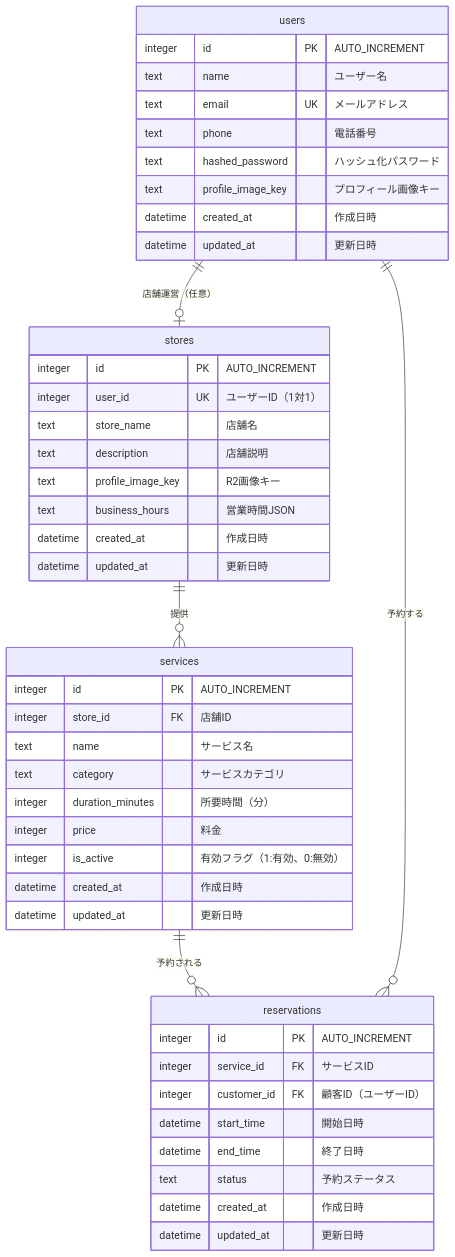
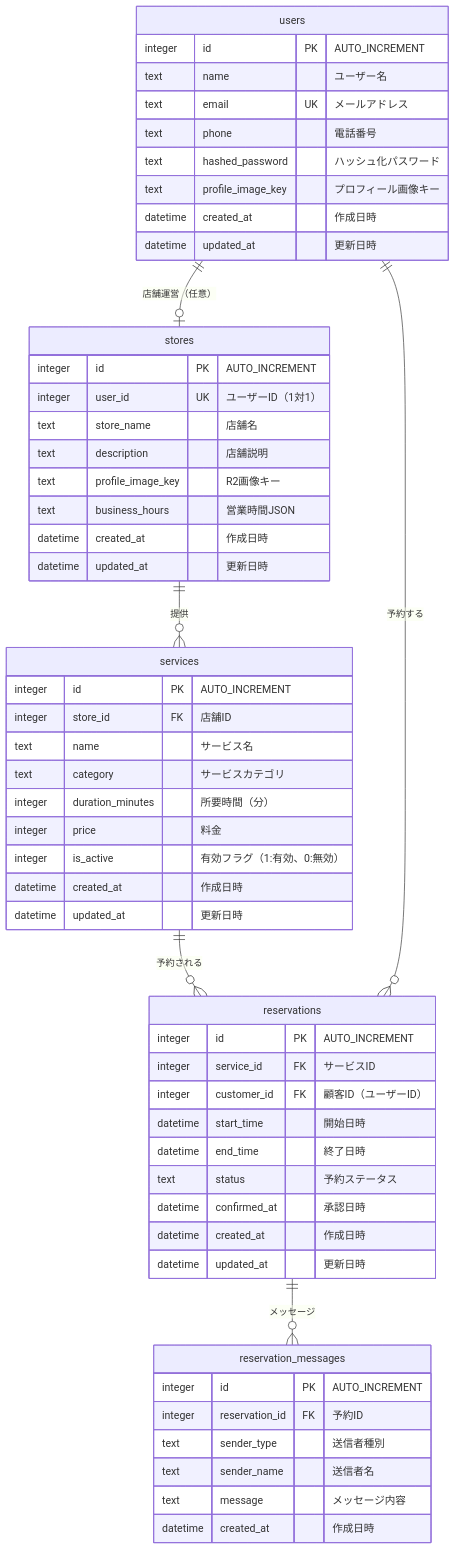
One commit to ProgrammerForCat/appointy changed the diagram in doc/ER図.md. Above: the diagram before and after it, drawn with Mermaid. The commit also changed other lines of this file and 4 other files, not shown here.

````diff
--- a/doc/ER図.md
+++ b/doc/ER図.md
@@ -5,52 +5,63 @@
 ```mermaid
 erDiagram
     users {
         integer id PK "AUTO_INCREMENT"
         text name "ユーザー名"
         text email UK "メールアドレス"
         text phone "電話番号"
         text hashed_password "ハッシュ化パスワード"
         text profile_image_key "プロフィール画像キー"
         datetime created_at "作成日時"
         datetime updated_at "更新日時"
     }
 
     stores {
         integer id PK "AUTO_INCREMENT"
         integer user_id UK "ユーザーID（1対1）"
         text store_name "店舗名"
         text description "店舗説明"
         text profile_image_key "R2画像キー"
         text business_hours "営業時間JSON"
         datetime created_at "作成日時"
         datetime updated_at "更新日時"
     }
 
     services {
         integer id PK "AUTO_INCREMENT"
         integer store_id FK "店舗ID"
         text name "サービス名"
         text category "サービスカテゴリ"
         integer duration_minutes "所要時間（分）"
         integer price "料金"
         integer is_active "有効フラグ（1:有効、0:無効）"
         datetime created_at "作成日時"
         datetime updated_at "更新日時"
     }
 
     reservations {
         integer id PK "AUTO_INCREMENT"
         integer service_id FK "サービスID"
         integer customer_id FK "顧客ID（ユーザーID）"
         datetime start_time "開始日時"
         datetime end_time "終了日時"
         text status "予約ステータス"
+        datetime confirmed_at "承認日時"
         datetime created_at "作成日時"
         datetime updated_at "更新日時"
+    }
+
+    reservation_messages {
+        integer id PK "AUTO_INCREMENT"
+        integer reservation_id FK "予約ID"
+        text sender_type "送信者種別"
+        text sender_name "送信者名"
+        text message "メッセージ内容"
+        datetime created_at "作成日時"
     }
 
     users ||--o| stores : "店舗運営（任意）"
     stores ||--o{ services : "提供"
     services ||--o{ reservations : "予約される"
     users ||--o{ reservations : "予約する"
+    reservations ||--o{ reservation_messages : "メッセージ"
 ```
````
